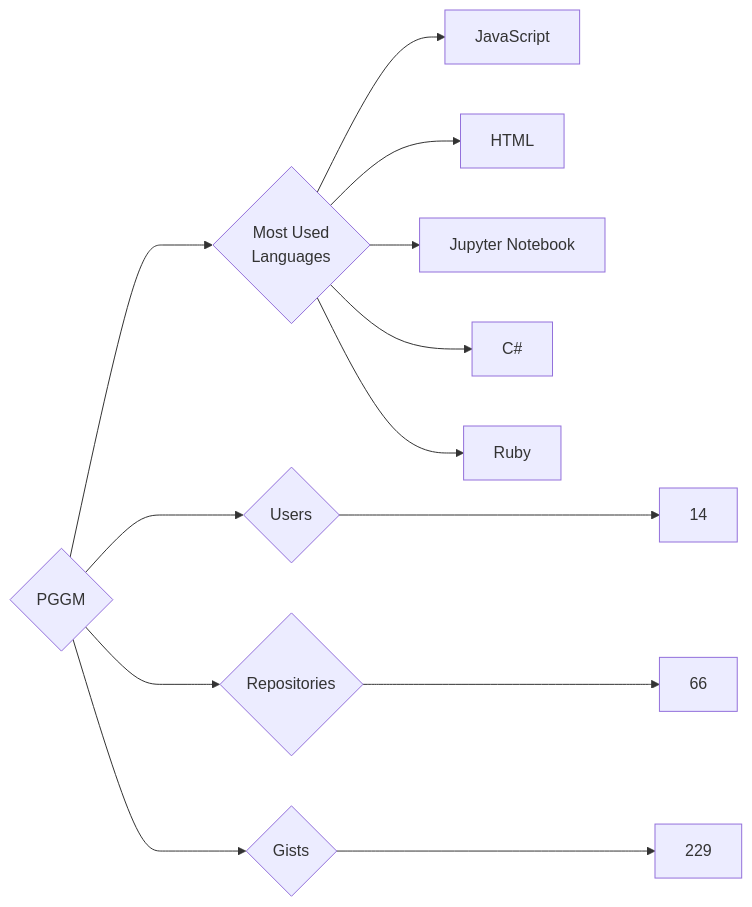
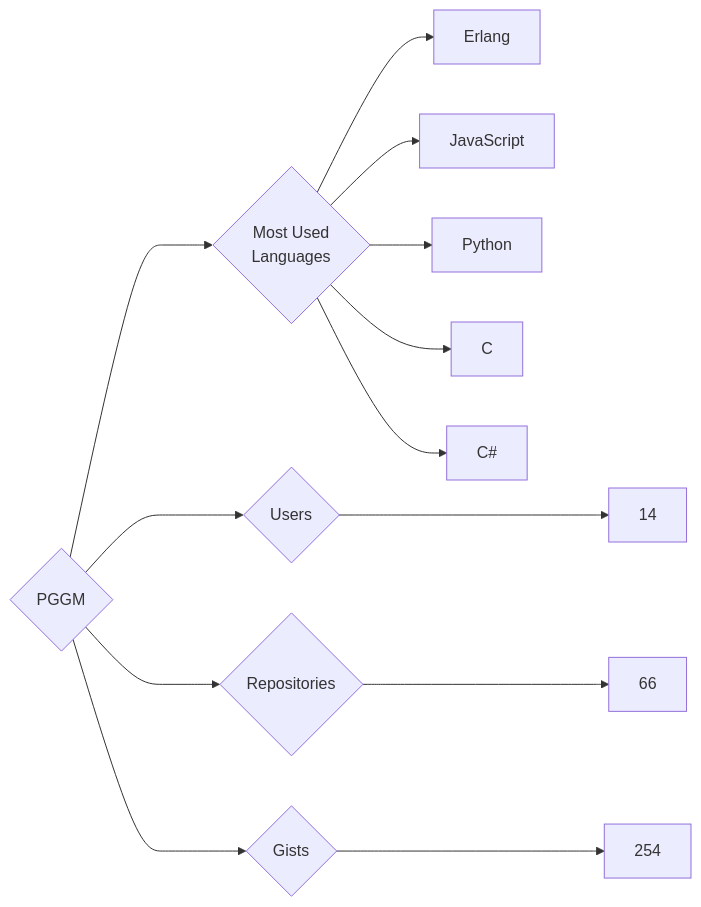
One commit to trickest/insiders changed the diagram in targets/PGGM/README.md. Above: the diagram before and after it, drawn with Mermaid. The commit also changed 953 other files, not shown here.

````diff
--- a/targets/PGGM/README.md
+++ b/targets/PGGM/README.md
@@ -3,13 +3,13 @@
 ```mermaid
 graph LR
 COMPANY_NAME{PGGM}
 COMPANY_NAME ---> U{Users} ---> UN[14]
 COMPANY_NAME ---> R{Repositories} ---> RN[66]
-COMPANY_NAME ---> G{Gists} ---> GN[229]
+COMPANY_NAME ---> G{Gists} ---> GN[254]
 COMPANY_NAME ---> ML{Most Used<br>Languages}
+ML --> Erlang[Erlang]
 ML --> JavaScript[JavaScript]
-ML --> HTML[HTML]
-ML --> Jupyter_Notebook[Jupyter Notebook]
+ML --> Python[Python]
+ML --> C[C]
 ML --> C#[C#]
-ML --> Ruby[Ruby]
 ```
````
